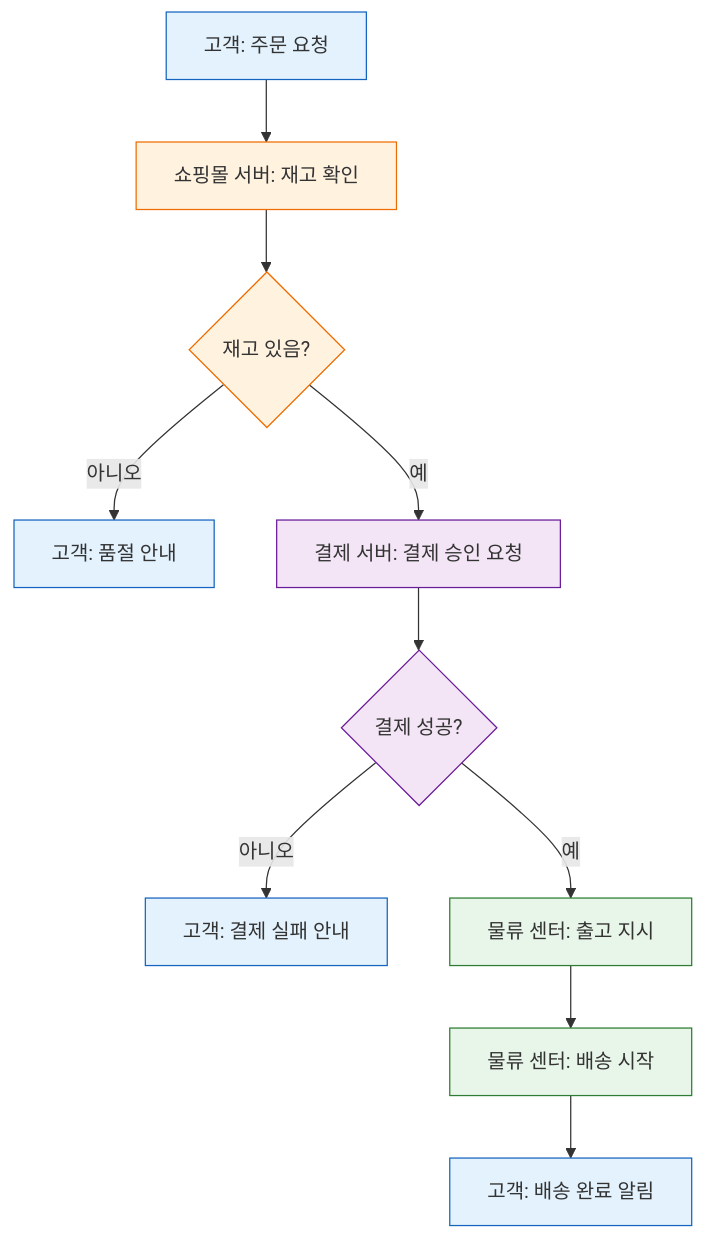
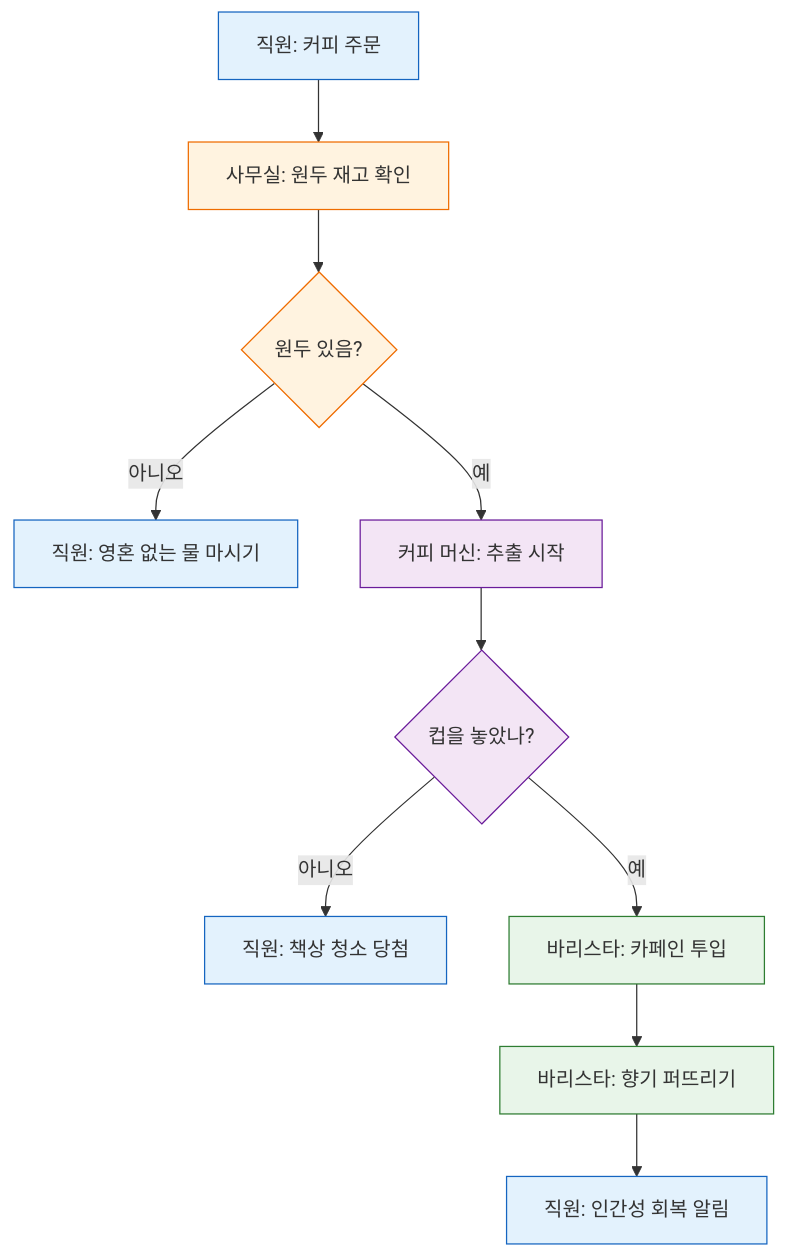
Before and after one commit to kimpro82/MyWebPractice: the fifth of 6 diagrams in Mermaid/README.md, drawn with Mermaid. The commit also changed other lines of this file and 6 other files, not shown here.

Commit message:
Mermaid: Update flowcharts with new scenarios and improve node descriptions

````diff
--- a/Mermaid/README.md
+++ b/Mermaid/README.md
@@ -152,22 +152,22 @@
 ```mermaid
 flowchart TD
-    A[고객: 주문 요청] --> B[쇼핑몰 서버: 재고 확인]
-    B --> C{재고 있음?}
-    C -->|아니오| D[고객: 품절 안내]
-    C -->|예| E[결제 서버: 결제 승인 요청]
-    E --> F{결제 성공?}
-    F -->|아니오| G[고객: 결제 실패 안내]
-    F -->|예| H[물류 센터: 출고 지시]
-    H --> I[물류 센터: 배송 시작]
-    I --> J[고객: 배송 완료 알림]
+    A[직원: 커피 주문] --> B[사무실: 원두 재고 확인]
+    B --> C{원두 있음?}
+    C -->|아니오| D[직원: 영혼 없는 물 마시기]
+    C -->|예| E[커피 머신: 추출 시작]
+    E --> F{컵을 놓았나?}
+    F -->|아니오| G[직원: 책상 청소 당첨]
+    F -->|예| H[바리스타: 카페인 투입]
+    H --> I[바리스타: 향기 퍼뜨리기]
+    I --> J[직원: 인간성 회복 알림]
 
     classDef customer fill:#e3f2fd,stroke:#1565c0;
     classDef mall fill:#fff3e0,stroke:#ef6c00;
     classDef payment fill:#f3e5f5,stroke:#6a1b9a;
     classDef logistics fill:#e8f5e9,stroke:#2e7d32;
 
     class A,D,G,J customer;
     class B,C mall;
     class E,F payment;
     class H,I logistics;
 ```
````
